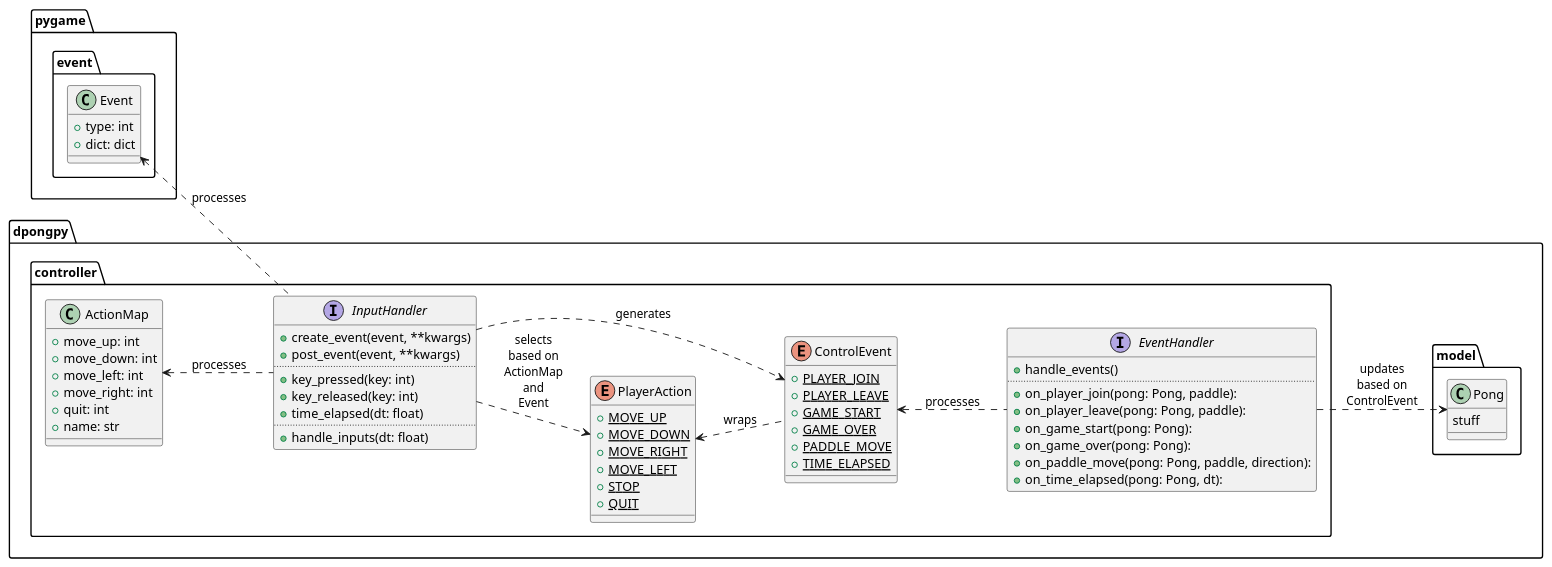
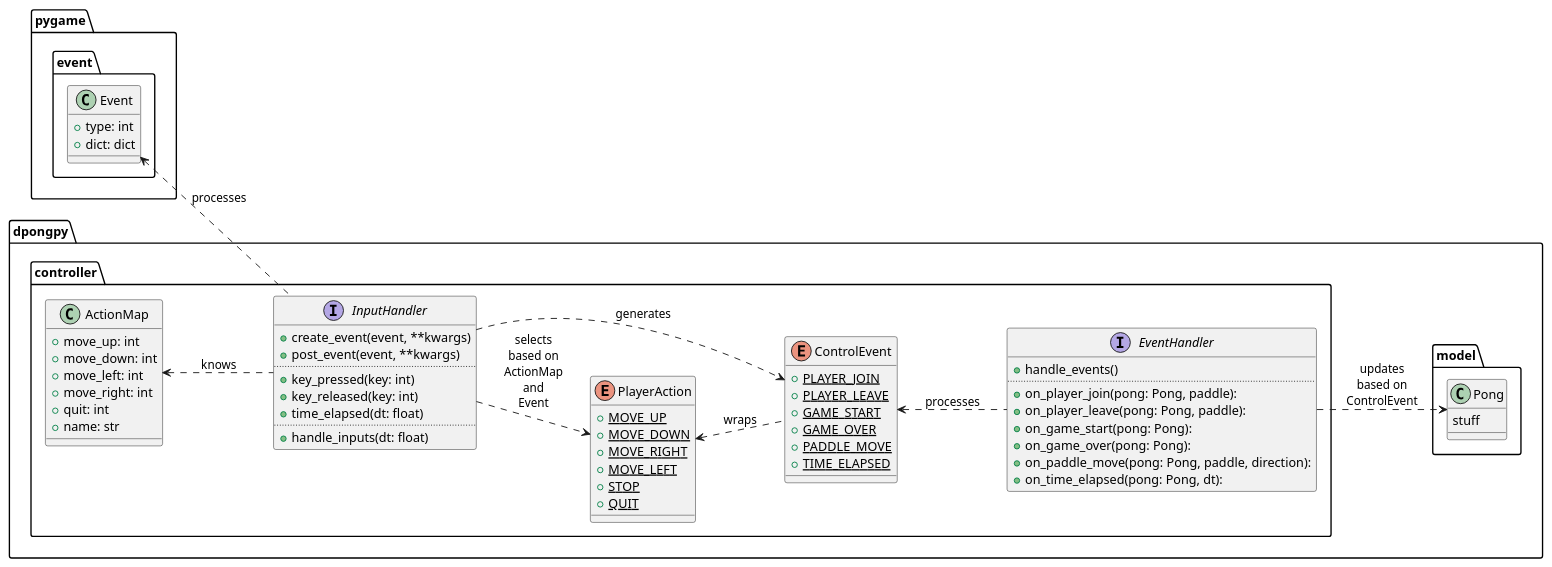
Before and after one commit to unibo-fc-isi-ds/slides-module2: the fifth of 8 diagrams in content/pong/_index.md, drawn with PlantUML. The commit also changed other lines of this file and 2 other files, not shown here.

```diff
--- a/content/pong/_index.md
+++ b/content/pong/_index.md
@@ -707,78 +714,78 @@
 {{< plantuml width="85%" >}}
 
 left to right direction
 
 package "pygame.event" {
     class Event {
         + type: int
         + dict: dict
     }
 }
 
 package "dpongpy.controller" {
     class ActionMap {
         + move_up: int
         + move_down: int
         + move_left: int
         + move_right: int
         + quit: int
         + name: str
     }
 
     enum PlayerAction {
         + {static} MOVE_UP
         + {static} MOVE_DOWN
         + {static} MOVE_RIGHT
         + {static} MOVE_LEFT
         + {static} STOP
         + {static} QUIT
     }
 
     enum ControlEvent {
         + {static} PLAYER_JOIN
         + {static} PLAYER_LEAVE
         + {static} GAME_START
         + {static} GAME_OVER
         + {static} PADDLE_MOVE
         + {static} TIME_ELAPSED
     }
 
     interface InputHandler {
         + create_event(event, **kwargs)
         + post_event(event, **kwargs)
         ..
         + key_pressed(key: int)
         + key_released(key: int)
         + time_elapsed(dt: float)
         ..
         + handle_inputs(dt: float)
     }
 
     interface EventHandler {
         + handle_events()
         ..
         + on_player_join(pong: Pong, paddle):
         + on_player_leave(pong: Pong, paddle):
         + on_game_start(pong: Pong):
         + on_game_over(pong: Pong):
         + on_paddle_move(pong: Pong, paddle, direction):
         + on_time_elapsed(pong: Pong, dt):
     }
 }
 
 package "dpongpy.model" {
     class Pong {
         stuff
     }
 }
 
-ActionMap <.. InputHandler: processes
+ActionMap <.. InputHandler: knows
 Event <.. InputHandler: processes
 InputHandler ..> PlayerAction: selects\nbased on\nActionMap\nand\nEvent
 InputHandler ..> ControlEvent: generates
 PlayerAction <.. ControlEvent: wraps
 ControlEvent <.. EventHandler: processes
 EventHandler ..> Pong: updates\nbased on\nControlEvent
 
 
 {{< /plantuml >}}
```
